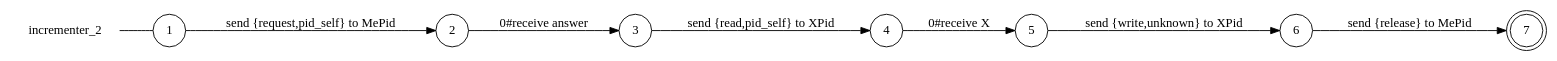
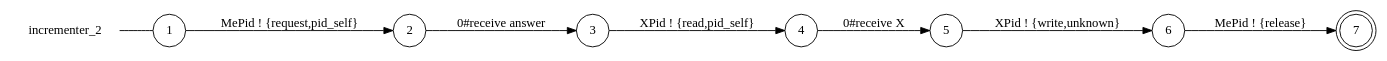
The diagram in examples/cauder_suite/meViolation/incrementer_2_local_view.dot (gabrielegenovese/chorer), drawn with Graphviz before and after one commit. The commit also changed 56 other files, not shown here.

Commit message:
updated send label format in "proc ! data"

```diff
--- a/examples/cauder_suite/meViolation/incrementer_2_local_view.dot
+++ b/examples/cauder_suite/meViolation/incrementer_2_local_view.dot
@@ -1,19 +1,19 @@
 digraph incrementer_2 {
 	rankdir="LR";
 	n_0 [label="incrementer_2", shape="plaintext"];
 	n_1 [id="5", shape=doublecircle, label="7"];
 	n_2 [id="6", shape=circle, label="5"];
 	n_3 [id="1", shape=circle, label="1"];
 	n_0 -> n_3 [arrowhead=none];
 	n_4 [id="2", shape=circle, label="2"];
 	n_5 [id="4", shape=circle, label="6"];
 	n_6 [id="7", shape=circle, label="3"];
 	n_7 [id="3", shape=circle, label="4"];
 
-	n_4 -> n_6 [id="[$e|1]", label="0#receive answer"];
-	n_7 -> n_2 [id="[$e|2]", label="0#receive X"];
-	n_2 -> n_5 [id="[$e|0]", label="send {write,unknown} to XPid"];
-	n_5 -> n_1 [id="[$e|3]", label="send {release} to MePid"];
-	n_6 -> n_7 [id="[$e|5]", label="send {read,pid_self} to XPid"];
-	n_3 -> n_4 [id="[$e|4]", label="send {request,pid_self} to MePid"];
+	n_3 -> n_4 [id="[$e|1]", label="MePid ! {request,pid_self}"];
+	n_4 -> n_6 [id="[$e|2]", label="0#receive answer"];
+	n_5 -> n_1 [id="[$e|0]", label="MePid ! {release}"];
+	n_6 -> n_7 [id="[$e|3]", label="XPid ! {read,pid_self}"];
+	n_2 -> n_5 [id="[$e|5]", label="XPid ! {write,unknown}"];
+	n_7 -> n_2 [id="[$e|4]", label="0#receive X"];
 }
```
